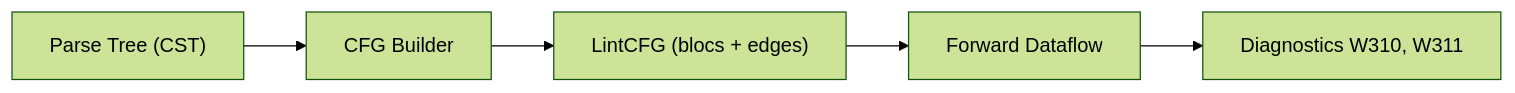
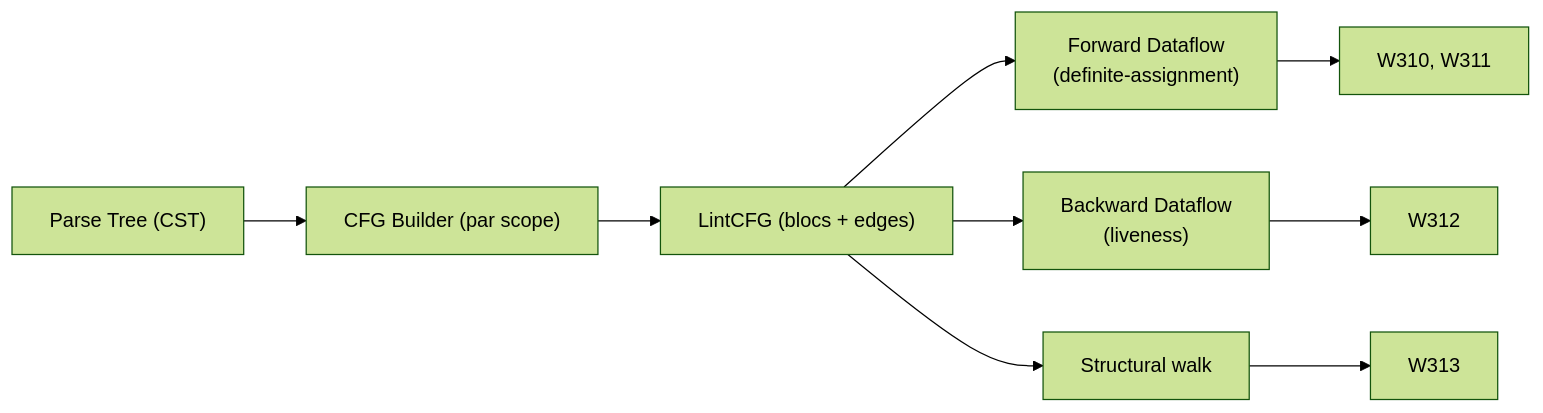
Before and after one commit to aristofor/catnip: the fourth of 4 diagrams in docs/tools/lint.md, drawn with Mermaid (forest theme). The commit also changed other lines of this file and 135 other files, not shown here.

````diff
--- a/docs/tools/lint.md
+++ b/docs/tools/lint.md
@@ -484,7 +506,11 @@
 ```mermaid
 flowchart LR
-    A["Parse Tree (CST)"] --> B["CFG Builder"]
+    A["Parse Tree (CST)"] --> B["CFG Builder (par scope)"]
     B --> C["LintCFG (blocs + edges)"]
-    C --> D["Forward Dataflow"]
-    D --> E["Diagnostics W310, W311"]
+    C --> D["Forward Dataflow<br/>(definite-assignment)"]
+    C --> F["Backward Dataflow<br/>(liveness)"]
+    C --> G["Structural walk"]
+    D --> E1["W310, W311"]
+    F --> E2["W312"]
+    G --> E3["W313"]
 ```
````
